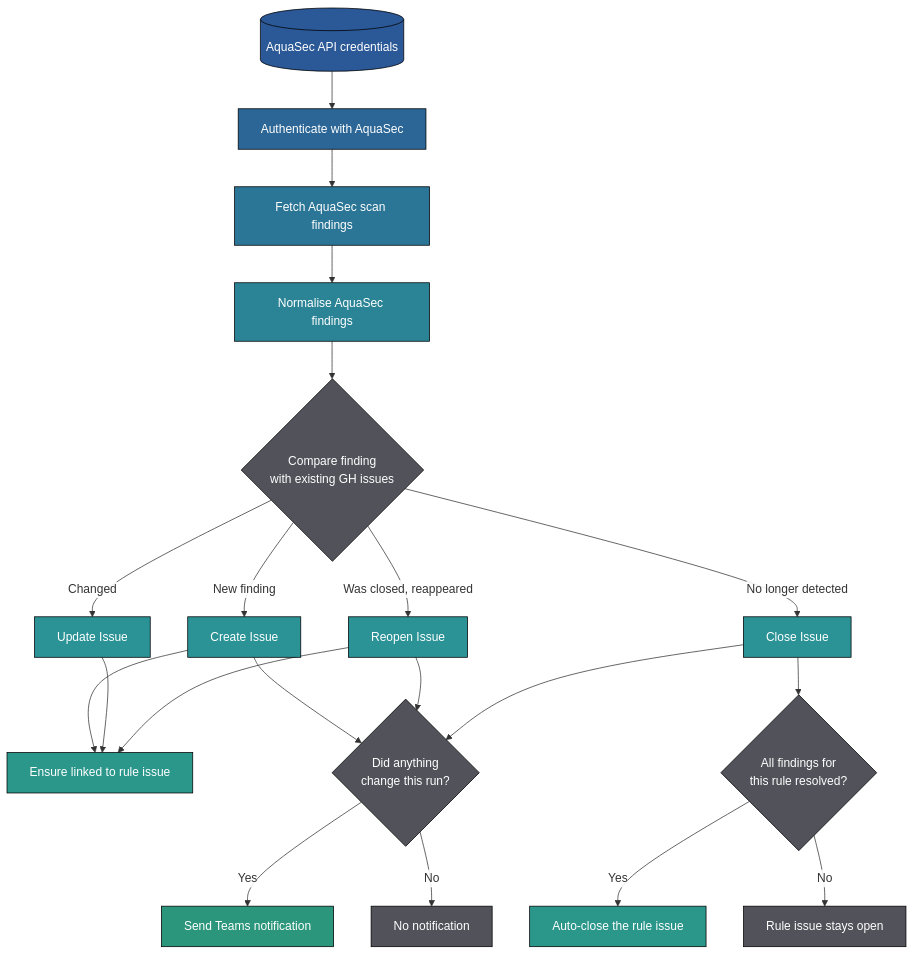
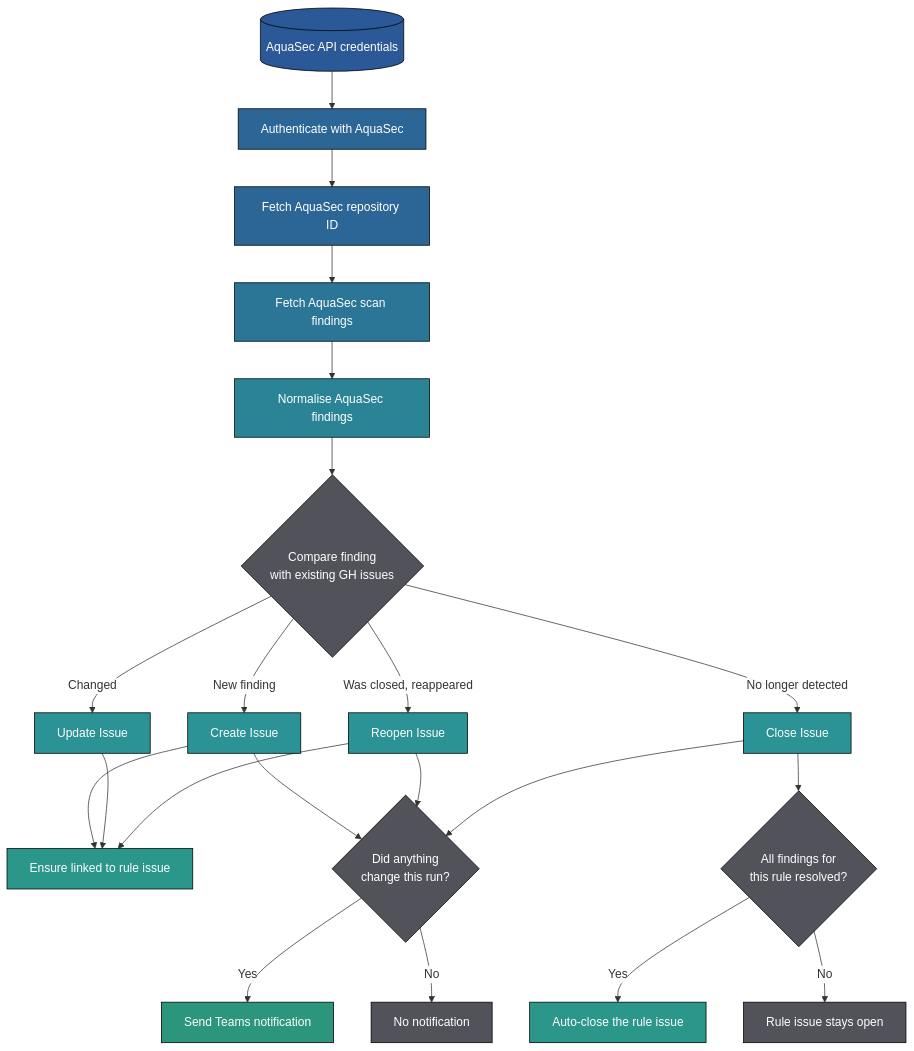
Before and after one commit to AbsaOSS/organizational-workflows: the diagram in docs/security/security.md, drawn with Mermaid. The commit also changed other lines of this file and 15 other files, not shown here.

Commit message:
feat: Fetch the Repository ID automatically (#153)

````diff
--- a/docs/security/security.md
+++ b/docs/security/security.md
@@ -17,60 +17,63 @@
 ```mermaid
 %%{init: {'themeVariables': {'edgeLabelBackground':'rgba(255,255,255,0.75)'}}}%%
 flowchart TD
     IN[("AquaSec API credentials")]
     AUTH["Authenticate with AquaSec"]
+    RESOLVE["Fetch AquaSec repository ID"]
     FETCH["Fetch AquaSec scan findings"]
     NORM["Normalise AquaSec findings"]
     MATCH{"Compare finding<br/>with existing GH issues"}
     CREATE["Create Issue"]
     UPDATE["Update Issue"]
     REOPEN["Reopen Issue"]
     CLOSE["Close Issue"]
     EPIC["Ensure linked to rule issue"]
     EPICCHECK{"All findings for<br/>this rule resolved?"}
     EPICCLOSE["Auto-close the rule issue"]
     EPICSTAY["Rule issue stays open"]
     CHANGED{"Did anything<br/>change this run?"}
     TEAMS["Send Teams notification"]
     QUIET["No notification"]
 
     IN --> AUTH
-    AUTH --> FETCH
+    AUTH --> RESOLVE
+    RESOLVE --> FETCH
     FETCH --> NORM
     NORM --> MATCH
 
     MATCH -->|"New finding"| CREATE
     MATCH -->|"Changed"| UPDATE
     MATCH -->|"Was closed, reappeared"| REOPEN
     MATCH -->|"No longer detected"| CLOSE
 
     CREATE --> EPIC
     UPDATE --> EPIC
     REOPEN --> EPIC
     CLOSE --> EPICCHECK
     EPICCHECK -->|"Yes"| EPICCLOSE
     EPICCHECK -->|"No"| EPICSTAY
 
     CREATE --> CHANGED
     REOPEN --> CHANGED
     CLOSE --> CHANGED
     CHANGED -->|"Yes"| TEAMS
     CHANGED -->|"No"| QUIET
 
     style IN fill:#2b5896,color:#fff,stroke:#000
     style AUTH fill:#2b6696,color:#fff,stroke:#000
+    style RESOLVE fill:#2b6696,color:#fff,stroke:#000
     style FETCH fill:#2b7596,color:#fff,stroke:#000
     style NORM fill:#2b8496,color:#fff,stroke:#000
     style MATCH fill:#52525b,color:#fff,stroke:#000
     style CREATE fill:#2b9396,color:#fff,stroke:#000
     style UPDATE fill:#2b9396,color:#fff,stroke:#000
     style REOPEN fill:#2b9396,color:#fff,stroke:#000
     style CLOSE fill:#2b9396,color:#fff,stroke:#000
     style EPIC fill:#2b968a,color:#fff,stroke:#000
     style EPICCHECK fill:#52525b,color:#fff,stroke:#000
     style EPICCLOSE fill:#2b968a,color:#fff,stroke:#000
     style EPICSTAY fill:#52525b,color:#fff,stroke:#000
     style CHANGED fill:#52525b,color:#fff,stroke:#000
     style TEAMS fill:#2b967b,color:#fff,stroke:#000
     style QUIET fill:#52525b,color:#fff,stroke:#000
 ```
````
